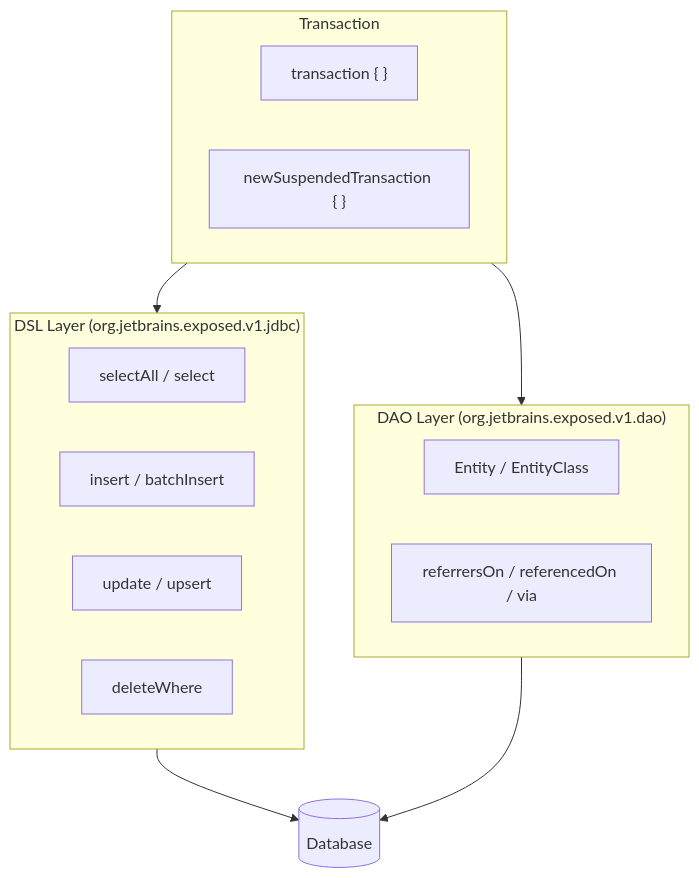
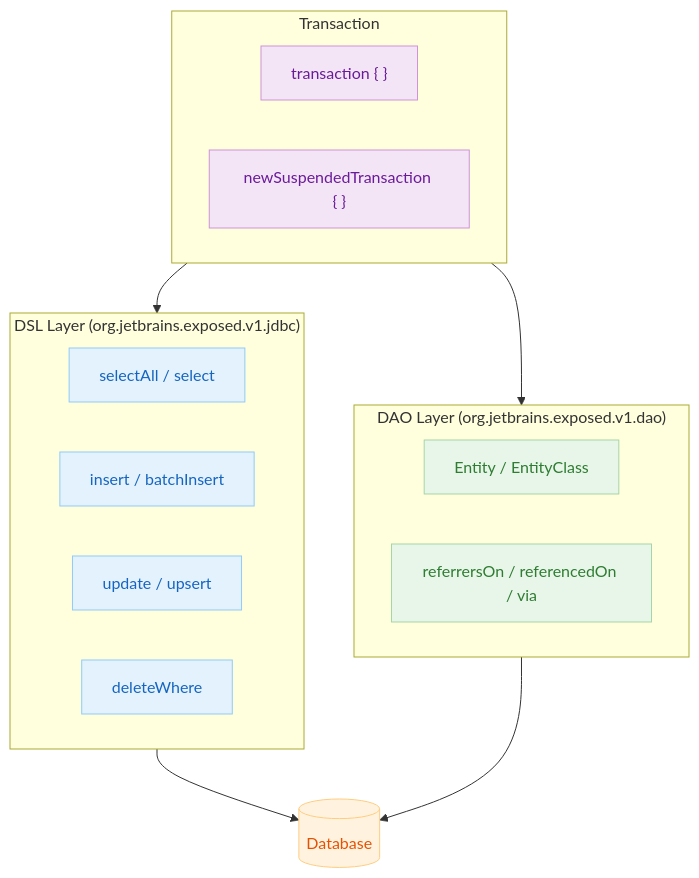
Before and after one commit to bluetape4k/exposed-workshop: the diagram in 05-exposed-dml/README.md, drawn with Mermaid. The commit also changed 56 other files, not shown here.

First line of the commit message:
docs: 전체 README mermaid 다이어그램에 파스텔 톤 색상 적용

````diff
--- a/05-exposed-dml/README.md
+++ b/05-exposed-dml/README.md
@@ -28,24 +28,34 @@
 ```mermaid
 flowchart TD
     subgraph DSL["DSL Layer (org.jetbrains.exposed.v1.jdbc)"]
         S[selectAll / select]
         I[insert / batchInsert]
         U[update / upsert]
         D[deleteWhere]
     end
 
     subgraph DAO["DAO Layer (org.jetbrains.exposed.v1.dao)"]
         E[Entity / EntityClass]
         R[referrersOn / referencedOn / via]
     end
 
     subgraph TX["Transaction"]
         T["transaction { }"]
         ST["newSuspendedTransaction { }"]
     end
 
     TX --> DSL
     TX --> DAO
     DSL --> DB[(Database)]
     DAO --> DB
+
+    classDef blue fill:#E3F2FD,stroke:#90CAF9,color:#1565C0
+    classDef green fill:#E8F5E9,stroke:#A5D6A7,color:#2E7D32
+    classDef purple fill:#F3E5F5,stroke:#CE93D8,color:#6A1B9A
+    classDef orange fill:#FFF3E0,stroke:#FFCC80,color:#E65100
+
+    class S,I,U,D blue
+    class E,R green
+    class T,ST purple
+    class DB orange
 ```
````
